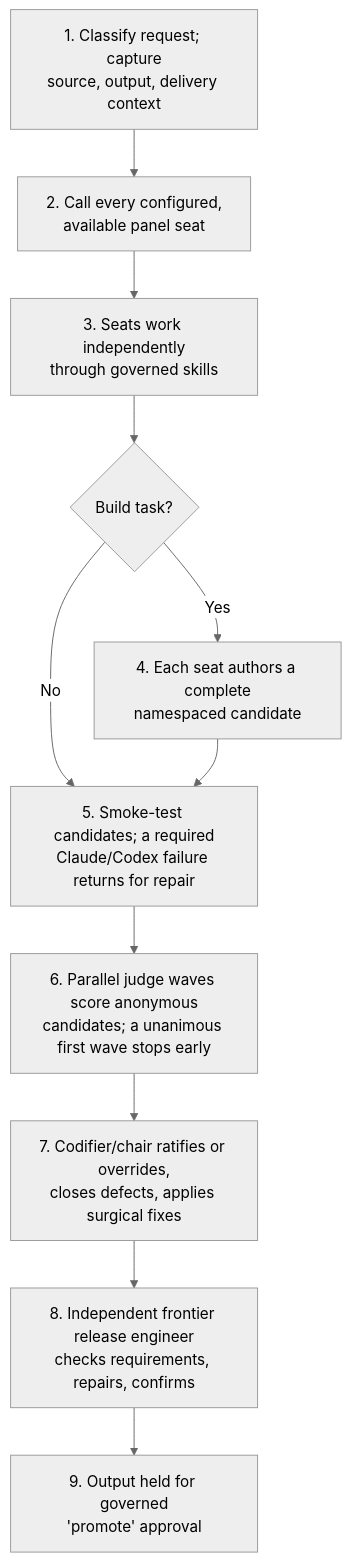
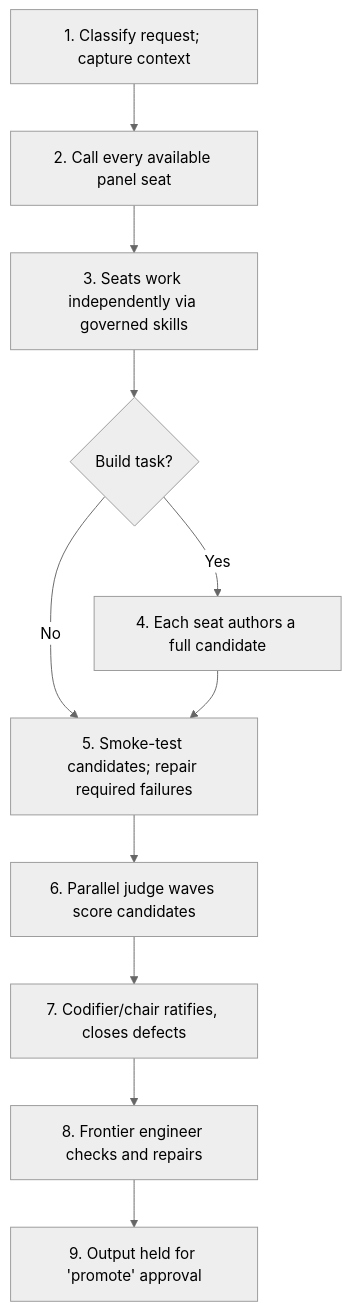
Before and after one commit to Digitalgods2/gangof8: the second of 3 diagrams in README.md, drawn with Mermaid (neutral theme). The commit also changed other lines of this file, not shown here.

First line of the commit message:
fix: drop <br/> line breaks in README Mermaid diagrams

````diff
--- a/README.md
+++ b/README.md
@@ -138,13 +138,13 @@
 ```mermaid
 flowchart TD
-    S1["1. Classify request; capture<br/>source, output, delivery context"] --> S2["2. Call every configured,<br/>available panel seat"]
-    S2 --> S3["3. Seats work independently<br/>through governed skills"]
+    S1["1. Classify request; capture context"] --> S2["2. Call every available panel seat"]
+    S2 --> S3["3. Seats work independently via governed skills"]
     S3 --> S4{"Build task?"}
-    S4 -->|Yes| S5["4. Each seat authors a complete<br/>namespaced candidate"]
+    S4 -->|Yes| S5["4. Each seat authors a full candidate"]
     S4 -->|No| S6
-    S5 --> S6["5. Smoke-test candidates; a required<br/>Claude/Codex failure returns for repair"]
-    S6 --> S7["6. Parallel judge waves score anonymous<br/>candidates; a unanimous first wave stops early"]
-    S7 --> S8["7. Codifier/chair ratifies or overrides,<br/>closes defects, applies surgical fixes"]
-    S8 --> S9["8. Independent frontier release engineer<br/>checks requirements, repairs, confirms"]
-    S9 --> S10["9. Output held for governed<br/>'promote' approval"]
+    S5 --> S6["5. Smoke-test candidates; repair required failures"]
+    S6 --> S7["6. Parallel judge waves score candidates"]
+    S7 --> S8["7. Codifier/chair ratifies, closes defects"]
+    S8 --> S9["8. Frontier engineer checks and repairs"]
+    S9 --> S10["9. Output held for 'promote' approval"]
 ```
````
